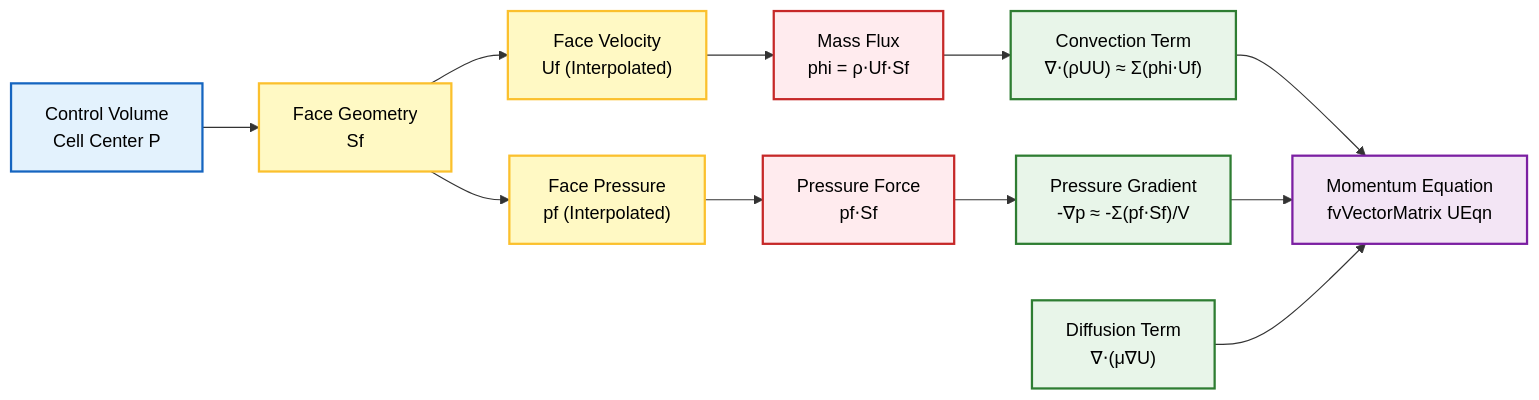
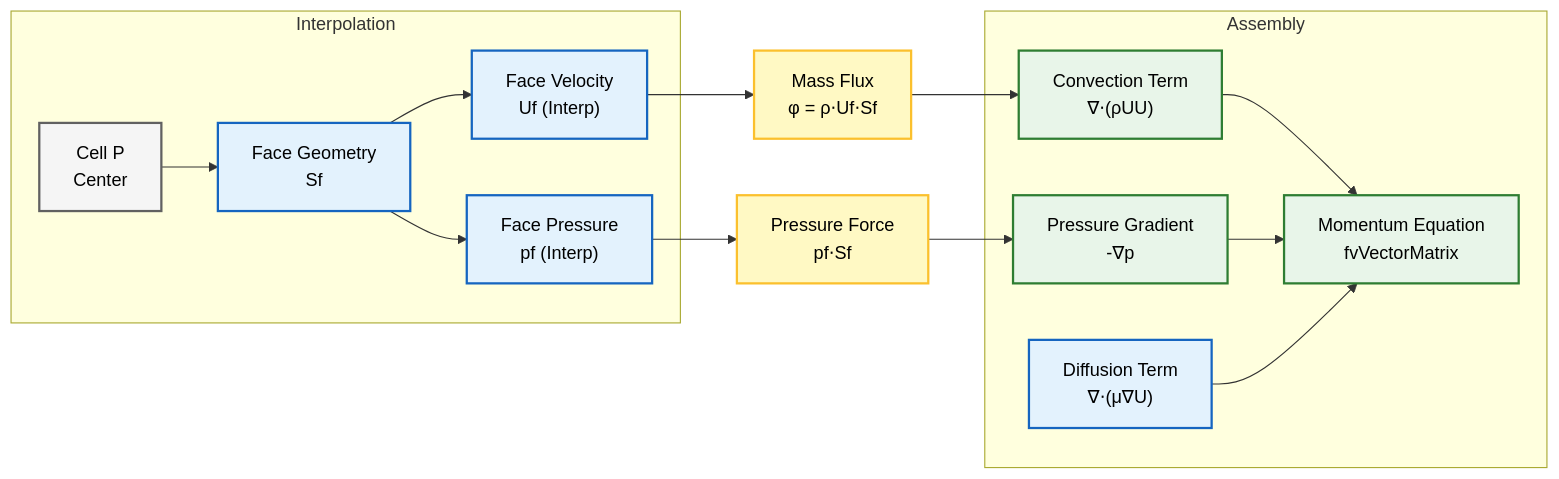
One commit to wramet/build-my-cfd changed the second of 4 diagrams in MODULE_01_CFD_FUNDAMENTALS/CONTENT/01_GOVERNING_EQUATIONS/05_OpenFOAM_Implementation.md. Above: the diagram before and after it, drawn with Mermaid. The commit also changed other lines of this file and 313 other files, not shown here.

Commit message:
Revise all diagram

````diff
--- a/MODULE_01_CFD_FUNDAMENTALS/CONTENT/01_GOVERNING_EQUATIONS/05_OpenFOAM_Implementation.md
+++ b/MODULE_01_CFD_FUNDAMENTALS/CONTENT/01_GOVERNING_EQUATIONS/05_OpenFOAM_Implementation.md
@@ -118,30 +115,25 @@
 ```mermaid
 graph LR
-    A["Control Volume<br/>Cell Center P"] --> B["Face Geometry<br/>Sf"]
+subgraph Interpolation
+    A["Cell P<br/>Center"]:::context --> B["Face Geometry<br/>Sf"]:::implicit
+    B --> C["Face Velocity<br/>Uf (Interp)"]:::implicit
+    B --> D["Face Pressure<br/>pf (Interp)"]:::implicit
+end
 
-    B --> C["Face Velocity<br/>Uf (Interpolated)"]
-    B --> D["Face Pressure<br/>pf (Interpolated)"]
+C --> E["Mass Flux<br/>φ = ρ⋅Uf⋅Sf"]:::explicit
+E --> F["Convection Term<br/>∇⋅(ρUU)"]:::success
 
-    C --> E["Mass Flux<br/>phi = ρ⋅Uf⋅Sf"]
-    E --> F["Convection Term<br/>∇⋅(ρUU) ≈ Σ(phi⋅Uf)"]
+D --> G["Pressure Force<br/>pf⋅Sf"]:::explicit
+G --> H["Pressure Gradient<br/>-∇p"]:::success
 
-    D --> G["Pressure Force<br/>pf⋅Sf"]
-    G --> H["Pressure Gradient<br/>-∇p ≈ -Σ(pf⋅Sf)/V"]
+subgraph Assembly
+    F --> I["Momentum Equation<br/>fvVectorMatrix"]:::success
+    H --> I
+    J["Diffusion Term<br/>∇⋅(μ∇U)"]:::implicit --> I
+end
 
-    F --> I["Momentum Equation<br/>fvVectorMatrix UEqn"]
-    H --> I
-
-    J["Diffusion Term<br/>∇⋅(μ∇U)"] --> I
-
-    classDef cell fill:#e3f2fd,stroke:#1565c0,stroke-width:2px,color:#000;
-    classDef face fill:#fff9c4,stroke:#fbc02d,stroke-width:2px,color:#000;
-    classDef flux fill:#ffebee,stroke:#c62828,stroke-width:2px,color:#000;
-    classDef term fill:#e8f5e9,stroke:#2e7d32,stroke-width:2px,color:#000;
-    classDef eq fill:#f3e5f5,stroke:#7b1fa2,stroke-width:2px,color:#000;
-
-    class A cell;
-    class B,C,D face;
-    class E,G flux;
-    class F,H,J term;
-    class I eq;
+classDef context fill:#f5f5f5,stroke:#616161,stroke-width:2px,color:#000;
+classDef implicit fill:#e3f2fd,stroke:#1565c0,stroke-width:2px,color:#000;
+classDef explicit fill:#fff9c4,stroke:#fbc02d,stroke-width:2px,color:#000;
+classDef success fill:#e8f5e9,stroke:#2e7d32,stroke-width:2px,color:#000;
 ```
````
